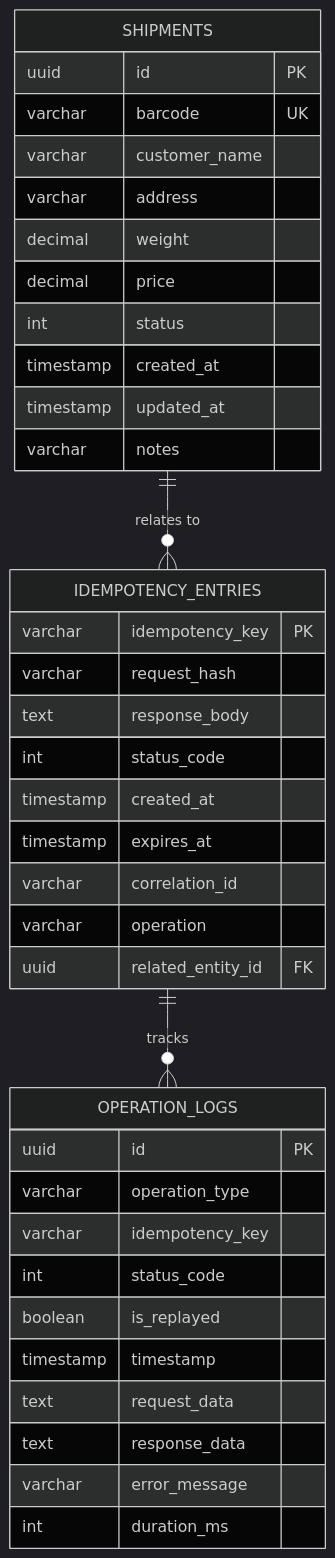
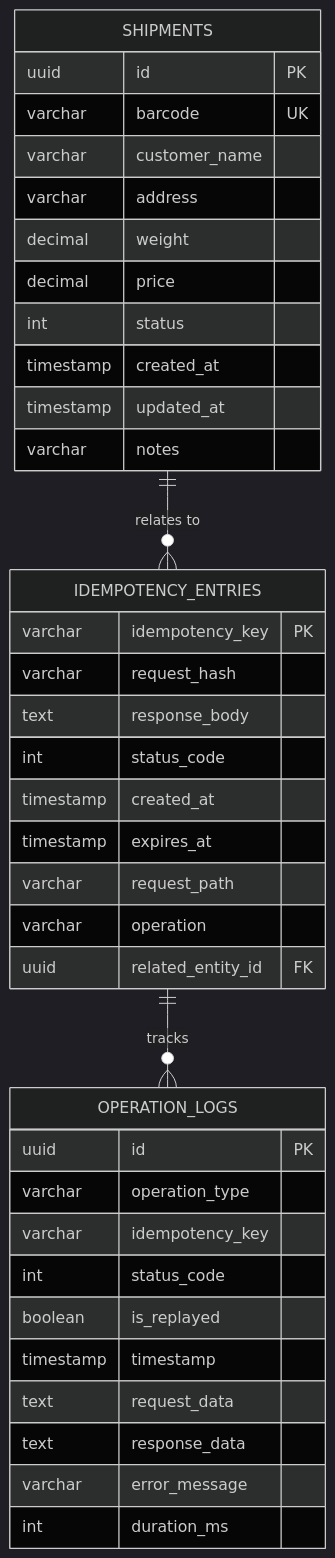
Before and after one commit to tomkedem/jpPostIdempotencyDemo: the fourth of 4 diagrams in docs/architecture.md, drawn with Mermaid (dark theme). The commit also changed 10 other files, not shown here.

Commit message:
feat: refactor idempotency handling to use request path instead of correlation ID and enhance metrics calculations

````diff
--- a/docs/architecture.md
+++ b/docs/architecture.md
@@ -179,43 +179,43 @@
 ```mermaid
 erDiagram
     SHIPMENTS {
         uuid id PK
         varchar barcode UK       
         varchar customer_name
         varchar address
         decimal weight
         decimal price
         int status
         timestamp created_at
         timestamp updated_at
         varchar notes
     }
 
     IDEMPOTENCY_ENTRIES {
         varchar idempotency_key PK
         varchar request_hash
         text response_body
         int status_code
         timestamp created_at
         timestamp expires_at
-        varchar correlation_id
+        varchar request_path
         varchar operation
         uuid related_entity_id FK
     }
 
     OPERATION_LOGS {
         uuid id PK
         varchar operation_type
         varchar idempotency_key
         int status_code
         boolean is_replayed
         timestamp timestamp
         text request_data
         text response_data
         varchar error_message
         int duration_ms
     }
 
     SHIPMENTS ||--o{ IDEMPOTENCY_ENTRIES : "relates to"
     IDEMPOTENCY_ENTRIES ||--o{ OPERATION_LOGS : "tracks"
 ```
````
